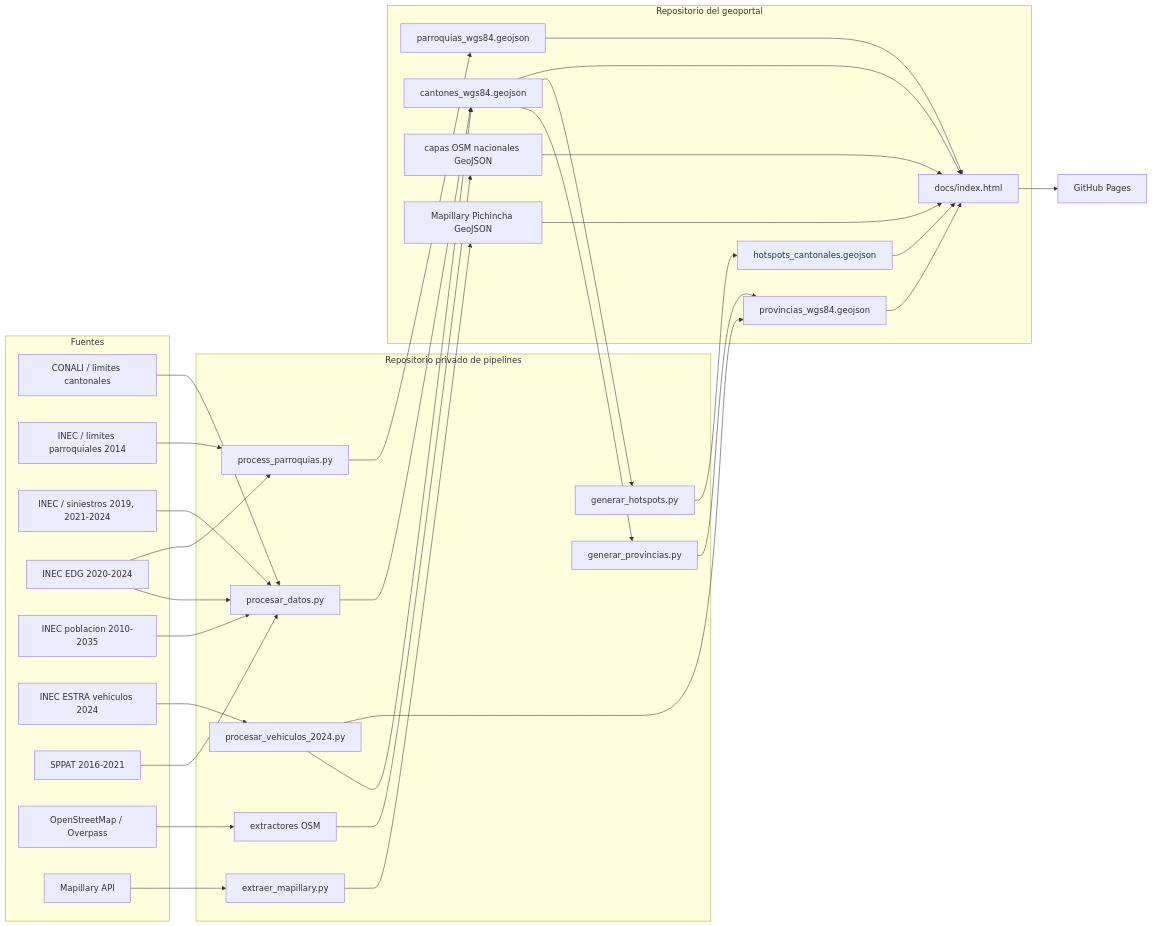
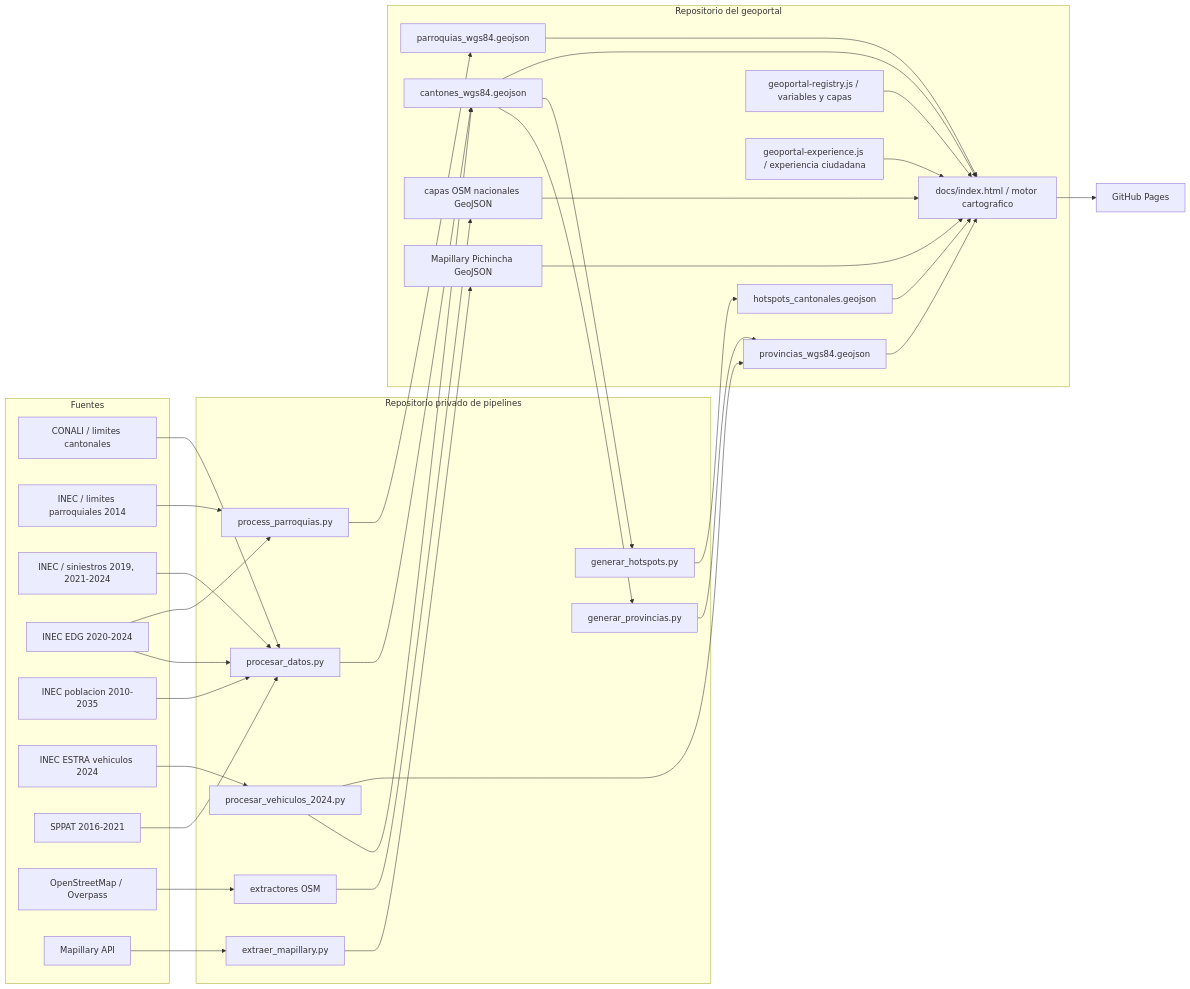
Before and after one commit to fundacionredsa/redsa-observatorio-seguridad-vial: the diagram in documentacion/ARQUITECTURA.md, drawn with Mermaid. The commit also changed other lines of this file and 16 other files, not shown here.

Commit message:
Geoportal: rediseñar experiencia ciudadana nacional

````diff
--- a/documentacion/ARQUITECTURA.md
+++ b/documentacion/ARQUITECTURA.md
@@ -5,52 +5,56 @@
 ```mermaid
 flowchart LR
   subgraph F[Fuentes]
     CONALI[CONALI / limites cantonales]
     INECP[INEC / limites parroquiales 2014]
     SIN[INEC / siniestros 2019, 2021-2024]
     EDG[INEC EDG 2020-2024]
     POP[INEC poblacion 2010-2035]
     VEH[INEC ESTRA vehiculos 2024]
     SPPAT[SPPAT 2016-2021]
     OSM[OpenStreetMap / Overpass]
     MAP[Mapillary API]
   end
   subgraph P[Repositorio privado de pipelines]
     BASE[procesar_datos.py]
     PAR[process_parroquias.py]
     PROV[generar_provincias.py]
     HOT[generar_hotspots.py]
     V[procesar_vehiculos_2024.py]
     O[extractores OSM]
     M[extraer_mapillary.py]
   end
   subgraph D[Repositorio del geoportal]
     CANT[cantones_wgs84.geojson]
     PARR[parroquias_wgs84.geojson]
     PROVG[provincias_wgs84.geojson]
     HOTG[hotspots_cantonales.geojson]
     OSMG[capas OSM nacionales GeoJSON]
     MAPG[Mapillary Pichincha GeoJSON]
-    WEB[docs/index.html]
+    WEB[docs/index.html / motor cartografico]
+    REG[geoportal-registry.js / variables y capas]
+    UX[geoportal-experience.js / experiencia ciudadana]
   end
   CONALI --> BASE --> CANT
   SIN --> BASE
   EDG --> BASE
   POP --> BASE
   SPPAT --> BASE
   INECP --> PAR --> PARR
   EDG --> PAR
   CANT --> PROV --> PROVG
   CANT --> HOT --> HOTG
   VEH --> V --> CANT
   V --> PROVG
   OSM --> O --> OSMG
   MAP --> M --> MAPG
   CANT --> WEB
   PARR --> WEB
   PROVG --> WEB
   HOTG --> WEB
   OSMG --> WEB
   MAPG --> WEB
+  REG --> WEB
+  UX --> WEB
   WEB --> PAGES[GitHub Pages]
 ```
````
